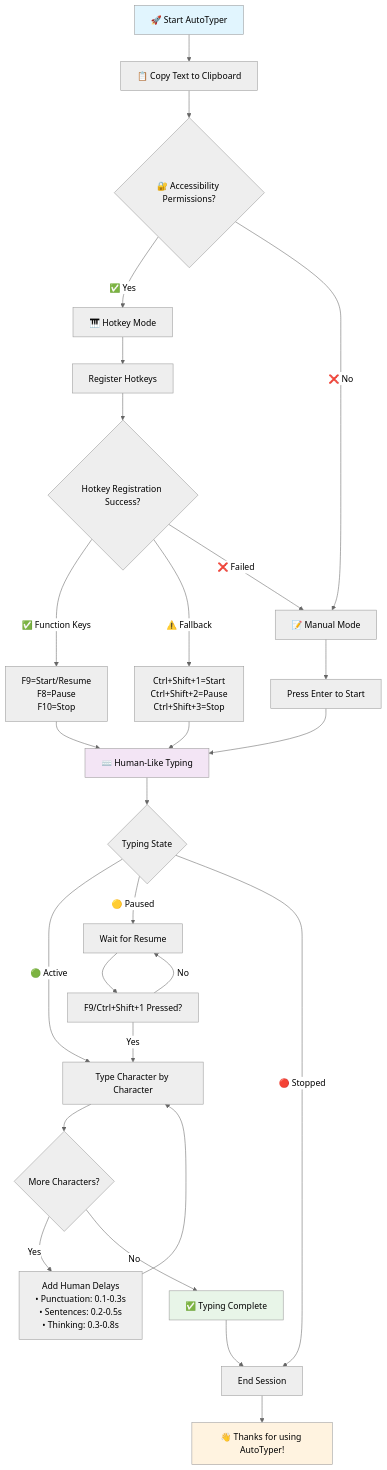
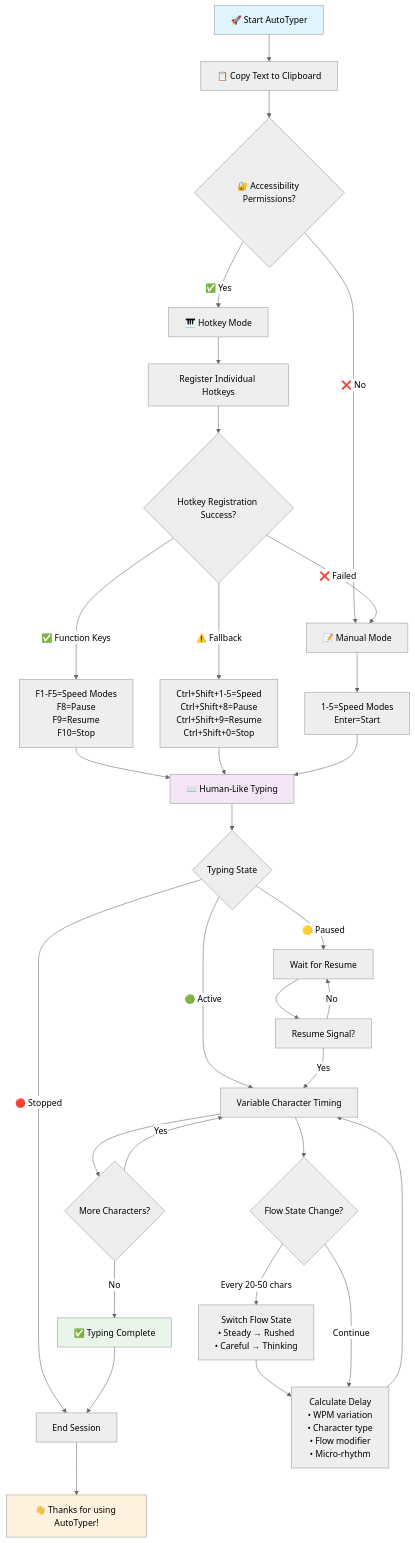
One commit to aashish-shukla/Autotyper changed the diagram in README.md. Above: the diagram before and after it, drawn with Mermaid (neutral theme). The commit also changed other lines of this file, not shown here.

````diff
--- a/README.md
+++ b/README.md
@@ -13,42 +32,47 @@
 ```mermaid
 flowchart TD
     A[🚀 Start AutoTyper] --> B[📋 Copy Text to Clipboard]
     B --> C{🔐 Accessibility Permissions?}
     
     C -->|✅ Yes| D[🎹 Hotkey Mode]
     C -->|❌ No| E[📝 Manual Mode]
     
-    D --> F[Register Hotkeys]
+    D --> F[Register Individual Hotkeys]
     F --> G{Hotkey Registration Success?}
     
-    G -->|✅ Function Keys| H[F9=Start/Resume<br/>F8=Pause<br/>F10=Stop]
-    G -->|⚠️ Fallback| I[Ctrl+Shift+1=Start<br/>Ctrl+Shift+2=Pause<br/>Ctrl+Shift+3=Stop]
+    G -->|✅ Function Keys| H[F1-F5=Speed Modes<br/>F8=Pause<br/>F9=Resume<br/>F10=Stop]
+    G -->|⚠️ Fallback| I[Ctrl+Shift+1-5=Speed<br/>Ctrl+Shift+8=Pause<br/>Ctrl+Shift+9=Resume<br/>Ctrl+Shift+0=Stop]
     G -->|❌ Failed| E
     
     H --> J[⌨️ Human-Like Typing]
     I --> J
-    E --> K[Press Enter to Start]
+    E --> K[1-5=Speed Modes<br/>Enter=Start]
     K --> J
     
     J --> L{Typing State}
-    L -->|🟢 Active| M[Type Character by Character]
+    L -->|🟢 Active| M[Variable Character Timing]
     L -->|🟡 Paused| N[Wait for Resume]
     L -->|🔴 Stopped| O[End Session]
     
-    M --> P{More Characters?}
-    P -->|Yes| Q[Add Human Delays<br/>• Punctuation: 0.1-0.3s<br/>• Sentences: 0.2-0.5s<br/>• Thinking: 0.3-0.8s]
-    Q --> M
-    P -->|No| R[✅ Typing Complete]
+    M --> P{Flow State Change?}
+    P -->|Every 20-50 chars| Q[Switch Flow State<br/>• Steady → Rushed<br/>• Careful → Thinking]
+    Q --> R[Calculate Delay<br/>• WPM variation<br/>• Character type<br/>• Flow modifier<br/>• Micro-rhythm]
+    R --> M
+    P -->|Continue| R
     
-    N --> S[F9/Ctrl+Shift+1 Pressed?]
+    N --> S[Resume Signal?]
     S -->|Yes| M
     S -->|No| N
     
-    R --> O
-    O --> T[👋 Thanks for using AutoTyper!]
+    M --> T{More Characters?}
+    T -->|Yes| M
+    T -->|No| U[✅ Typing Complete]
+    
+    U --> O
+    O --> V[👋 Thanks for using AutoTyper!]
     
     style A fill:#e1f5fe
     style J fill:#f3e5f5
-    style R fill:#e8f5e8
-    style T fill:#fff3e0
+    style U fill:#e8f5e8
+    style V fill:#fff3e0
 ```
````
